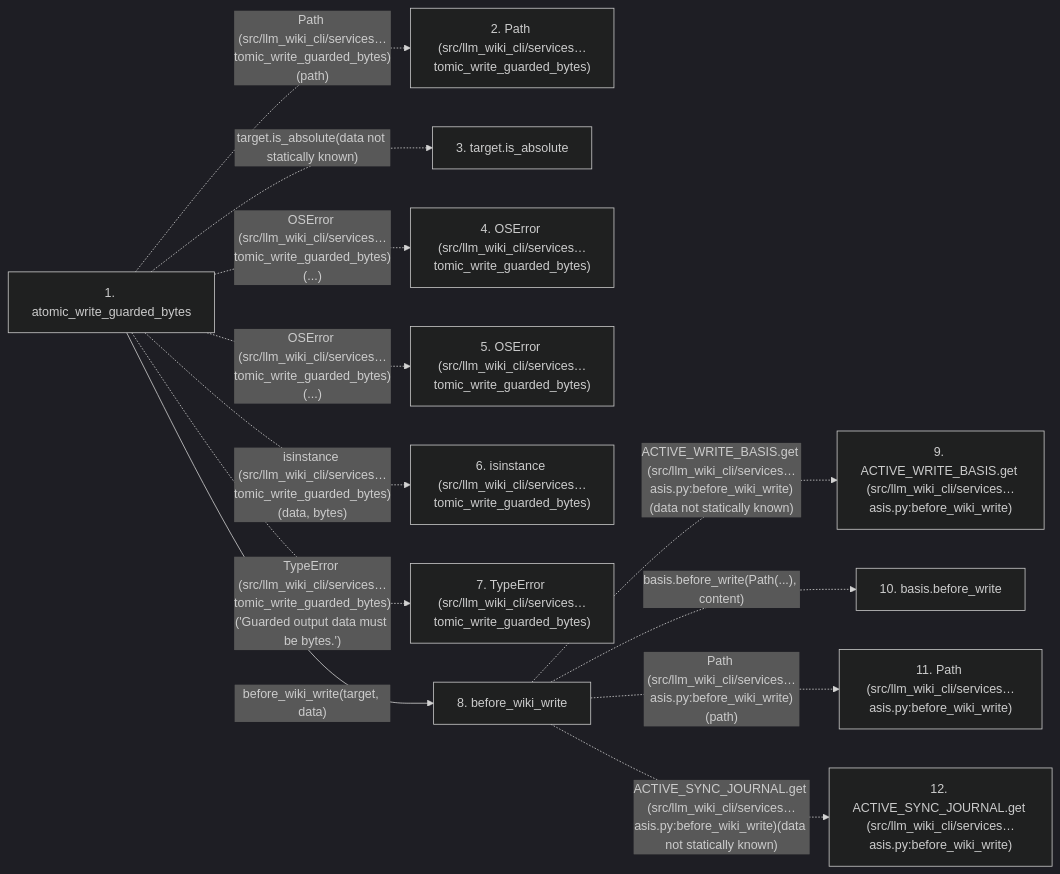
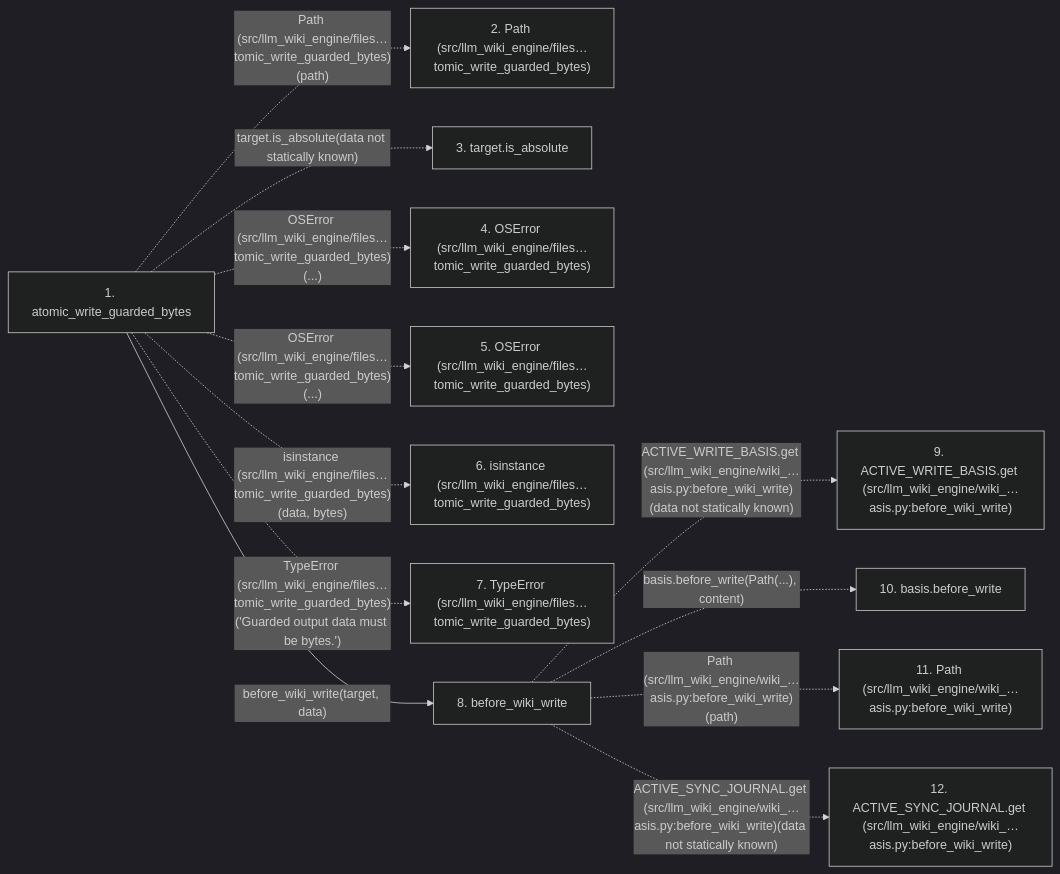
Before and after one commit to Denissvgn/python-wiki-llm: the second of 2 diagrams in docs/llm_wiki/flows/api-atomic_write_guarded_bytes.md, drawn with Mermaid (dark theme). The commit also changed other lines of this file and 739 other files, not shown here.

First line of the commit message:
docs: refresh the wiki for the second engine batch

````diff
--- a/docs/llm_wiki/flows/api-atomic_write_guarded_bytes.md
+++ b/docs/llm_wiki/flows/api-atomic_write_guarded_bytes.md
@@ -129,28 +129,28 @@
 ```mermaid
 flowchart LR
     s1["1. atomic_write_guarded_bytes"]
-    s2["2. Path (src/llm_wiki_cli/services…tomic_write_guarded_bytes)"]
+    s2["2. Path (src/llm_wiki_engine/files…tomic_write_guarded_bytes)"]
     s3["3. target.is_absolute"]
-    s4["4. OSError (src/llm_wiki_cli/services…tomic_write_guarded_bytes)"]
-    s5["5. OSError (src/llm_wiki_cli/services…tomic_write_guarded_bytes)"]
-    s6["6. isinstance (src/llm_wiki_cli/services…tomic_write_guarded_bytes)"]
-    s7["7. TypeError (src/llm_wiki_cli/services…tomic_write_guarded_bytes)"]
+    s4["4. OSError (src/llm_wiki_engine/files…tomic_write_guarded_bytes)"]
+    s5["5. OSError (src/llm_wiki_engine/files…tomic_write_guarded_bytes)"]
+    s6["6. isinstance (src/llm_wiki_engine/files…tomic_write_guarded_bytes)"]
+    s7["7. TypeError (src/llm_wiki_engine/files…tomic_write_guarded_bytes)"]
     s8["8. before_wiki_write"]
-    s9["9. ACTIVE_WRITE_BASIS.get (src/llm_wiki_cli/services…asis.py:before_wiki_write)"]
+    s9["9. ACTIVE_WRITE_BASIS.get (src/llm_wiki_engine/wiki_…asis.py:before_wiki_write)"]
     s10["10. basis.before_write"]
-    s11["11. Path (src/llm_wiki_cli/services…asis.py:before_wiki_write)"]
-    s12["12. ACTIVE_SYNC_JOURNAL.get (src/llm_wiki_cli/services…asis.py:before_wiki_write)"]
-    s1 -. "Path (src/llm_wiki_cli/services…tomic_write_guarded_bytes)(path)" .-> s2
+    s11["11. Path (src/llm_wiki_engine/wiki_…asis.py:before_wiki_write)"]
+    s12["12. ACTIVE_SYNC_JOURNAL.get (src/llm_wiki_engine/wiki_…asis.py:before_wiki_write)"]
+    s1 -. "Path (src/llm_wiki_engine/files…tomic_write_guarded_bytes)(path)" .-> s2
     s1 -. "target.is_absolute(data not statically known)" .-> s3
-    s1 -. "OSError (src/llm_wiki_cli/services…tomic_write_guarded_bytes)(...)" .-> s4
-    s1 -. "OSError (src/llm_wiki_cli/services…tomic_write_guarded_bytes)(...)" .-> s5
-    s1 -. "isinstance (src/llm_wiki_cli/services…tomic_write_guarded_bytes)(data, bytes)" .-> s6
-    s1 -. "TypeError (src/llm_wiki_cli/services…tomic_write_guarded_bytes)('Guarded output data must be bytes.')" .-> s7
+    s1 -. "OSError (src/llm_wiki_engine/files…tomic_write_guarded_bytes)(...)" .-> s4
+    s1 -. "OSError (src/llm_wiki_engine/files…tomic_write_guarded_bytes)(...)" .-> s5
+    s1 -. "isinstance (src/llm_wiki_engine/files…tomic_write_guarded_bytes)(data, bytes)" .-> s6
+    s1 -. "TypeError (src/llm_wiki_engine/files…tomic_write_guarded_bytes)('Guarded output data must be bytes.')" .-> s7
     s1 -->|"before_wiki_write(target, data)"| s8
-    s8 -. "ACTIVE_WRITE_BASIS.get (src/llm_wiki_cli/services…asis.py:before_wiki_write)(data not statically known)" .-> s9
+    s8 -. "ACTIVE_WRITE_BASIS.get (src/llm_wiki_engine/wiki_…asis.py:before_wiki_write)(data not statically known)" .-> s9
     s8 -. "basis.before_write(Path(...), content)" .-> s10
-    s8 -. "Path (src/llm_wiki_cli/services…asis.py:before_wiki_write)(path)" .-> s11
-    s8 -. "ACTIVE_SYNC_JOURNAL.get (src/llm_wiki_cli/services…asis.py:before_wiki_write)(data not statically known)" .-> s12
+    s8 -. "Path (src/llm_wiki_engine/wiki_…asis.py:before_wiki_write)(path)" .-> s11
+    s8 -. "ACTIVE_SYNC_JOURNAL.get (src/llm_wiki_engine/wiki_…asis.py:before_wiki_write)(data not statically known)" .-> s12
     click s1 "../modules/filesystem_guard.md"
     click s8 "../modules/wiki_write_basis.md"
 ```
````
